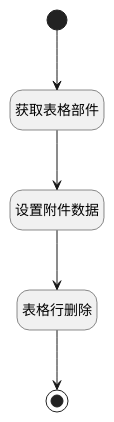
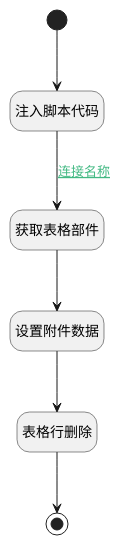
Before and after one commit to iBizLab/plm: the diagram in doc/docsify/module/Base/attachment/uilogic/remove_attachment_grid.md, drawn with PlantUML. The commit also changed other lines of this file and 1473 other files, not shown here.

````diff
--- a/doc/docsify/module/Base/attachment/uilogic/remove_attachment_grid.md
+++ b/doc/docsify/module/Base/attachment/uilogic/remove_attachment_grid.md
@@ -7,25 +7,27 @@
 ```plantuml
 @startuml
 hide footbox
 <style>
 root {
   HyperlinkColor #42b983
 }
 </style>
 
 hide empty description
 state "开始" as Begin <<start>> [[$./remove_attachment_grid#begin {开始}]]
+state "注入脚本代码" as RAWJSCODE2  [[$./remove_attachment_grid#rawjscode2 {注入脚本代码}]]
 state "表格行删除" as VIEWCTRLINVOKE1  [[$./remove_attachment_grid#viewctrlinvoke1 {表格行删除}]]
+state "获取表格部件" as PREPAREJSPARAM1  [[$./remove_attachment_grid#preparejsparam1 {获取表格部件}]]
+state "结束" as END1 <<end>> [[$./remove_attachment_grid#end1 {结束}]]
 state "设置附件数据" as RAWJSCODE1  [[$./remove_attachment_grid#rawjscode1 {设置附件数据}]]
-state "结束" as END1 <<end>> [[$./remove_attachment_grid#end1 {结束}]]
-state "获取表格部件" as PREPAREJSPARAM1  [[$./remove_attachment_grid#preparejsparam1 {获取表格部件}]]
 
 
-Begin --> PREPAREJSPARAM1
+Begin --> RAWJSCODE2
+RAWJSCODE2 --> PREPAREJSPARAM1 : [[$./remove_attachment_grid#rawjscode2-preparejsparam1{连接名称} 连接名称]]
 PREPAREJSPARAM1 --> RAWJSCODE1
 RAWJSCODE1 --> VIEWCTRLINVOKE1
 VIEWCTRLINVOKE1 --> END1
 
 
 @enduml
 ```
````
